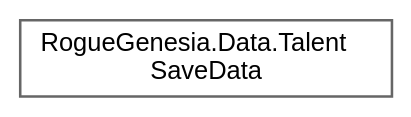
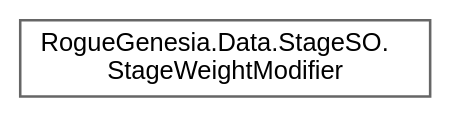
One commit to PlexusDuMenton/RogueGenesiaModAPI changed the diagram in inherit_graph_140.dot. Above: the diagram before and after it, drawn with Graphviz. The commit also changed 2814 other files, not shown here.

```diff
--- a/inherit_graph_140.dot
+++ b/inherit_graph_140.dot
@@ -1,9 +1,9 @@
 digraph "Graphical Class Hierarchy"
 {
  // LATEX_PDF_SIZE
   bgcolor="transparent";
   edge [fontname=Helvetica,fontsize=10,labelfontname=Helvetica,labelfontsize=10];
   node [fontname=Helvetica,fontsize=10,shape=box,height=0.2,width=0.4];
   rankdir="LR";
-  Node0 [label="RogueGenesia.Data.Talent\lSaveData",height=0.2,width=0.4,color="grey40", fillcolor="white", style="filled",URL="$class_rogue_genesia_1_1_data_1_1_talent_save_data.html",tooltip=" "];
+  Node0 [label="RogueGenesia.Data.StageSO.\lStageWeightModifier",height=0.2,width=0.4,color="grey40", fillcolor="white", style="filled",URL="$class_rogue_genesia_1_1_data_1_1_stage_s_o_1_1_stage_weight_modifier.html",tooltip=" "];
 }
```
